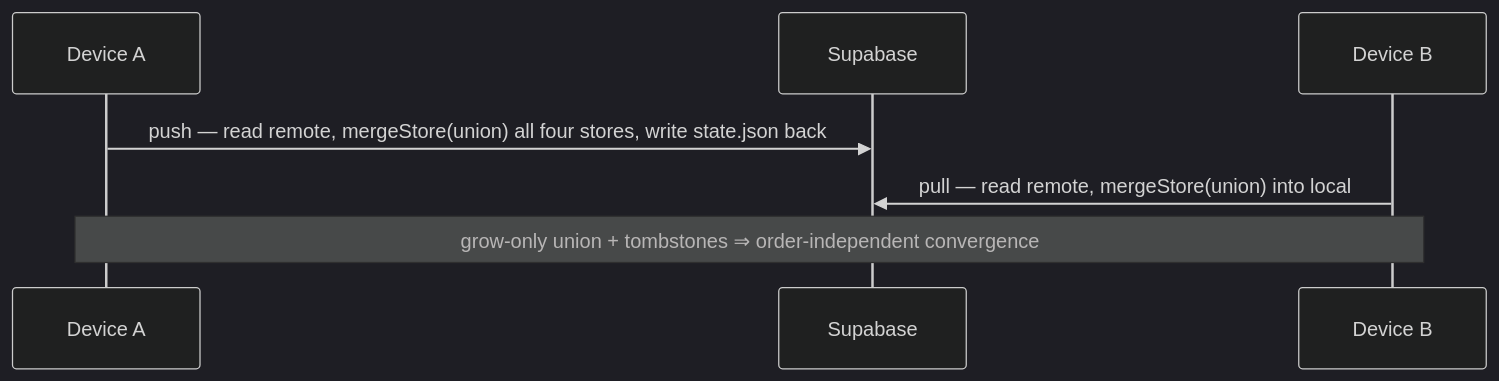
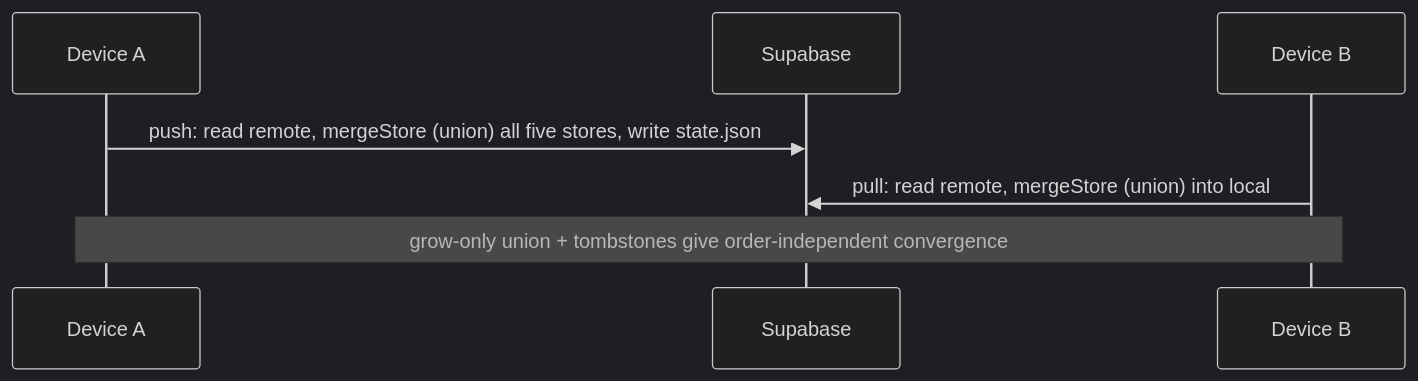
One commit to clz4096/meridian changed the second of 3 diagrams in ARCHITECTURE.md. Above: the diagram before and after it, drawn with Mermaid (dark theme). The commit also changed other lines of this file and 4 other files, not shown here.

````diff
--- a/ARCHITECTURE.md
+++ b/ARCHITECTURE.md
@@ -223,9 +322,9 @@
 ```mermaid
 sequenceDiagram
     participant A as Device A
     participant Cloud as Supabase
     participant B as Device B
-    A->>Cloud: push — read remote, mergeStore(union) all four stores, write state.json back
-    B->>Cloud: pull — read remote, mergeStore(union) into local
-    Note over A,B: grow-only union + tombstones ⇒ order-independent convergence
+    A->>Cloud: push: read remote, mergeStore (union) all five stores, write state.json
+    B->>Cloud: pull: read remote, mergeStore (union) into local
+    Note over A,B: grow-only union + tombstones give order-independent convergence
 ```
````
